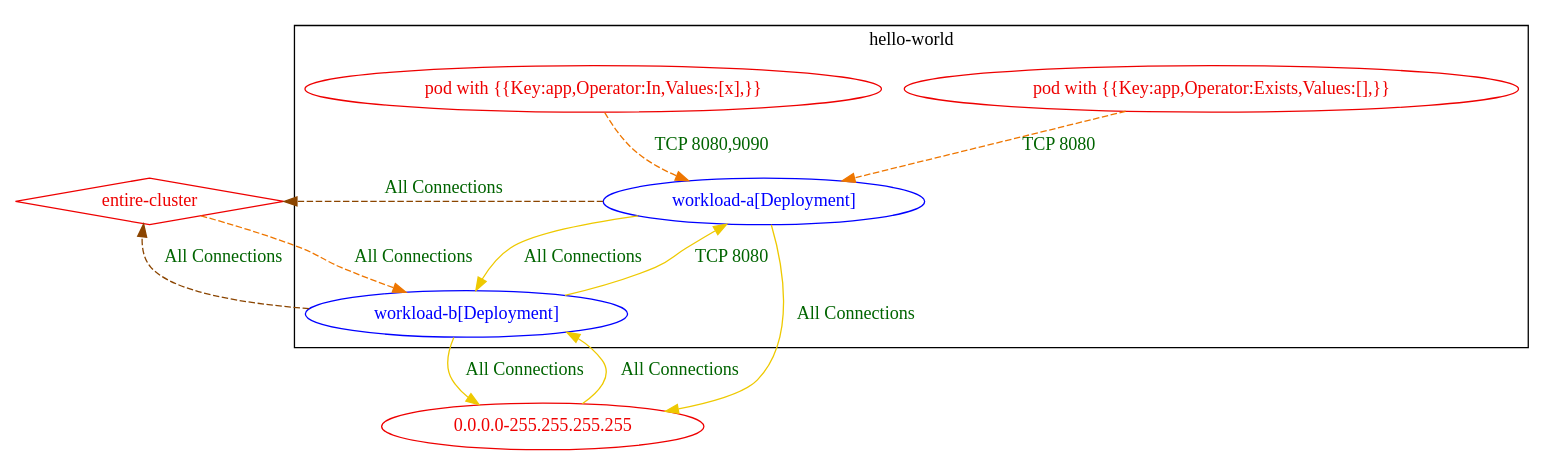
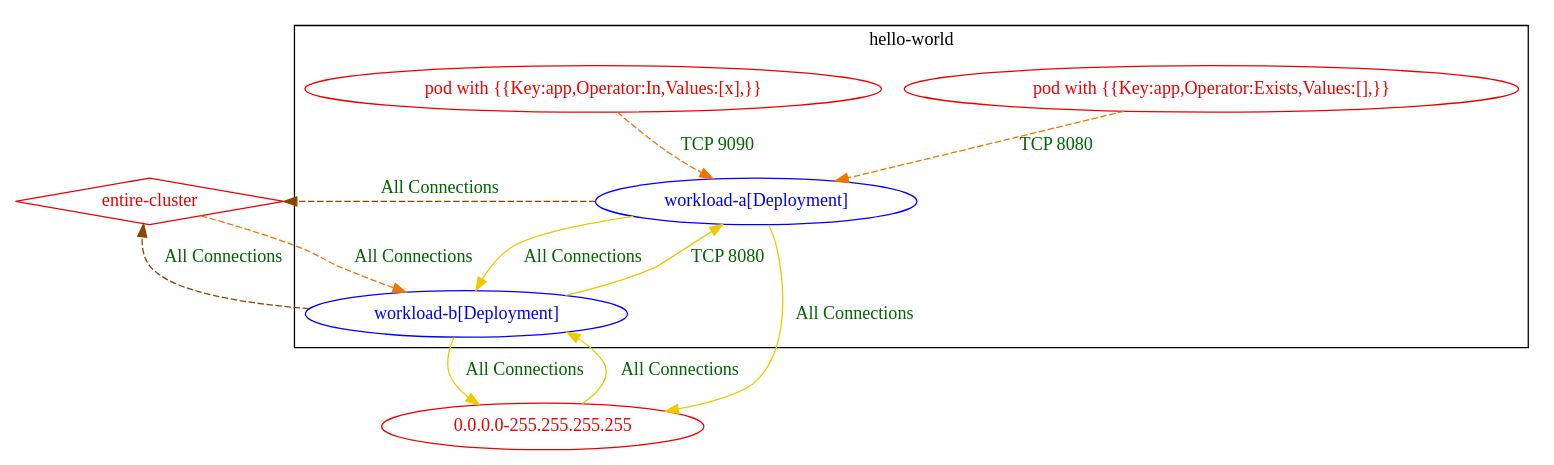
The diagram in test_outputs/connlist/exposure_test_exposure_with_different_rules_2_connlist_output.dot (np-guard/netpol-analyzer), drawn with Graphviz before and after one commit. The commit also changed 119 other files, not shown here.

```diff
--- a/test_outputs/connlist/exposure_test_exposure_with_different_rules_2_connlist_output.dot
+++ b/test_outputs/connlist/exposure_test_exposure_with_different_rules_2_connlist_output.dot
@@ -1,23 +1,23 @@
 digraph {
 	subgraph "cluster_hello_world" {
 		color="black"
 		fontcolor="black"
 		"hello-world/workload-a[Deployment]" [label="workload-a[Deployment]" color="blue" fontcolor="blue"]
 		"hello-world/workload-b[Deployment]" [label="workload-b[Deployment]" color="blue" fontcolor="blue"]
 		"pod with {{Key:app,Operator:Exists,Values:[],}}_in_hello-world" [label="pod with {{Key:app,Operator:Exists,Values:[],}}" color="red2" fontcolor="red2"]
 		"pod with {{Key:app,Operator:In,Values:[x],}}_in_hello-world" [label="pod with {{Key:app,Operator:In,Values:[x],}}" color="red2" fontcolor="red2"]
 		label="hello-world"
 	}
 	"0.0.0.0-255.255.255.255" [label="0.0.0.0-255.255.255.255" color="red2" fontcolor="red2"]
 	"entire-cluster" [label="entire-cluster" color="red2" fontcolor="red2" shape=diamond]
 	"0.0.0.0-255.255.255.255" -> "hello-world/workload-b[Deployment]" [label="All Connections" color="gold2" fontcolor="darkgreen" weight=0.5]
 	"entire-cluster" -> "hello-world/workload-b[Deployment]" [label="All Connections" color="darkorange2" fontcolor="darkgreen" weight=1 style=dashed]
 	"hello-world/workload-a[Deployment]" -> "0.0.0.0-255.255.255.255" [label="All Connections" color="gold2" fontcolor="darkgreen" weight=1]
 	"hello-world/workload-a[Deployment]" -> "entire-cluster" [label="All Connections" color="darkorange4" fontcolor="darkgreen" weight=0.5 style=dashed]
 	"hello-world/workload-a[Deployment]" -> "hello-world/workload-b[Deployment]" [label="All Connections" color="gold2" fontcolor="darkgreen" weight=0.5]
 	"hello-world/workload-b[Deployment]" -> "0.0.0.0-255.255.255.255" [label="All Connections" color="gold2" fontcolor="darkgreen" weight=1]
 	"hello-world/workload-b[Deployment]" -> "entire-cluster" [label="All Connections" color="darkorange4" fontcolor="darkgreen" weight=0.5 style=dashed]
 	"hello-world/workload-b[Deployment]" -> "hello-world/workload-a[Deployment]" [label="TCP 8080" color="gold2" fontcolor="darkgreen" weight=1]
 	"pod with {{Key:app,Operator:Exists,Values:[],}}_in_hello-world" -> "hello-world/workload-a[Deployment]" [label="TCP 8080" color="darkorange2" fontcolor="darkgreen" weight=1 style=dashed]
-	"pod with {{Key:app,Operator:In,Values:[x],}}_in_hello-world" -> "hello-world/workload-a[Deployment]" [label="TCP 8080,9090" color="darkorange2" fontcolor="darkgreen" weight=1 style=dashed]
+	"pod with {{Key:app,Operator:In,Values:[x],}}_in_hello-world" -> "hello-world/workload-a[Deployment]" [label="TCP 9090" color="darkorange2" fontcolor="darkgreen" weight=1 style=dashed]
 }
```
